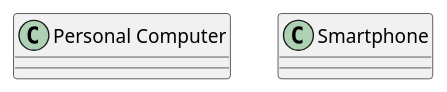
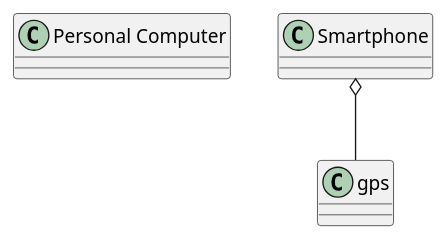
Before and after one commit to SoftengPoliTo/Lab2: the fourth of 5 diagrams in REQ_s270436.md, drawn with PlantUML. The commit also changed other lines of this file, not shown here.

Commit message:
small changes

````diff
--- a/REQ_s270436.md
+++ b/REQ_s270436.md
@@ -362,4 +363,6 @@
 ```plantuml
 class "Personal Computer"
-class "Smartphone"
+class "Smartphone" as s
+class "gps" as gps
+s o-- gps
 ```
````
